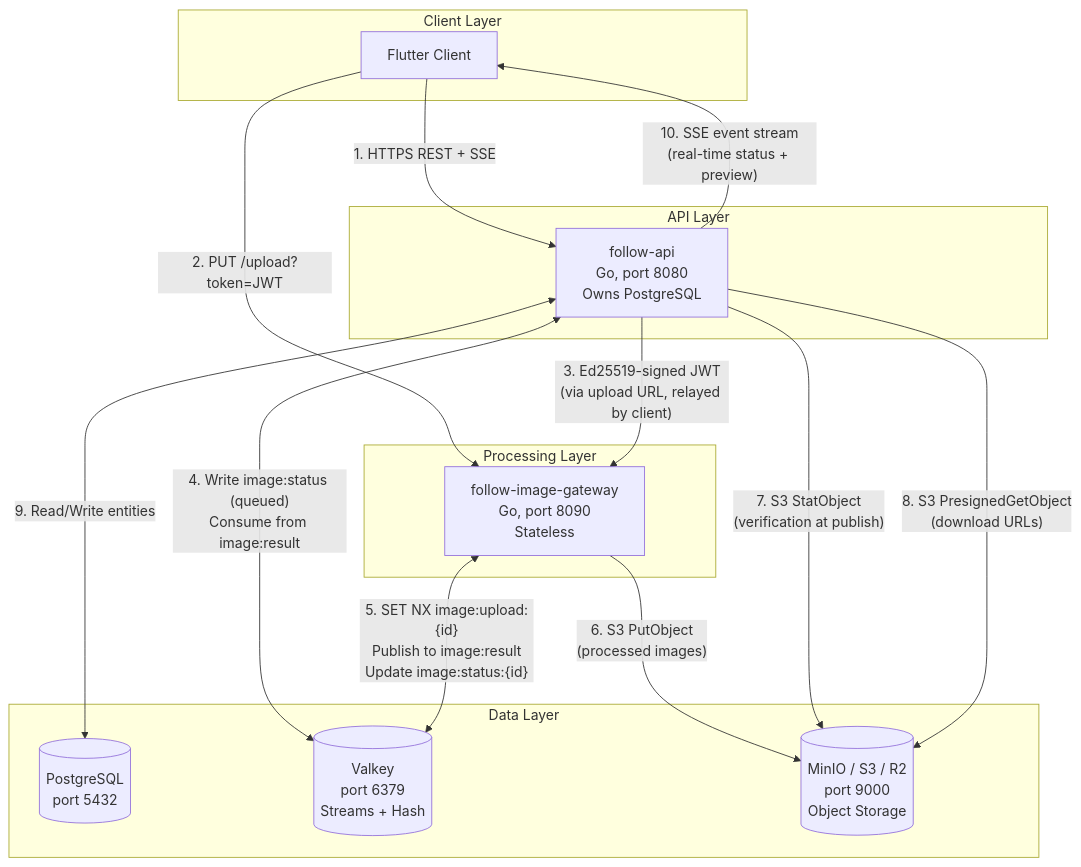
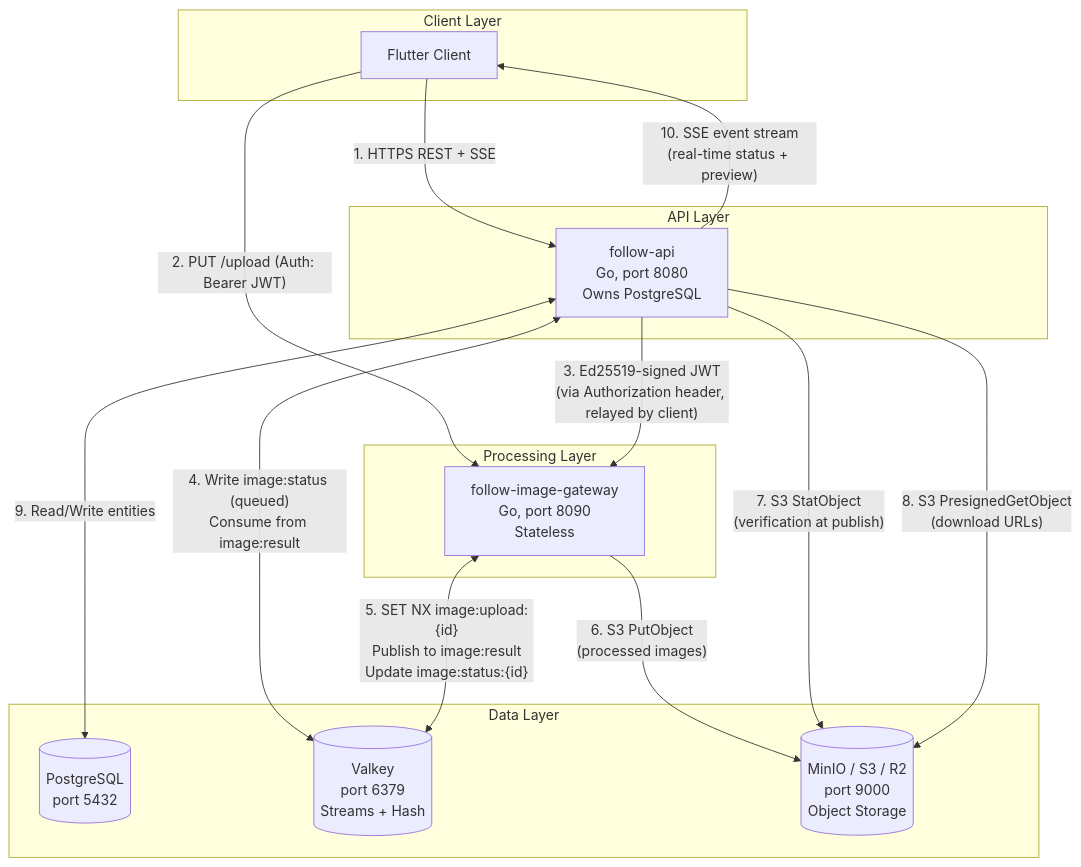
Before and after one commit to yoseforb/follow: the first of 3 diagrams in ai-docs/architecture/image-gateway-architecture.md, drawn with Mermaid. The commit also changed other lines of this file, not shown here.

Commit message:
docs(architecture): update image-gateway architecture document

````diff
--- a/ai-docs/architecture/image-gateway-architecture.md
+++ b/ai-docs/architecture/image-gateway-architecture.md
@@ -157,36 +157,36 @@
 ```mermaid
 graph TB
     subgraph "Client Layer"
         FC[Flutter Client]
     end
 
     subgraph "API Layer"
         FA[follow-api<br/>Go, port 8080<br/>Owns PostgreSQL]
     end
 
     subgraph "Processing Layer"
         IG[follow-image-gateway<br/>Go, port 8090<br/>Stateless]
     end
 
     subgraph "Data Layer"
         PG[(PostgreSQL<br/>port 5432)]
         RD[(Valkey<br/>port 6379<br/>Streams + Hash)]
         S3[(MinIO / S3 / R2<br/>port 9000<br/>Object Storage)]
     end
 
     FC -->|"1. HTTPS REST + SSE"| FA
-    FC -->|"2. PUT /upload?token=JWT"| IG
+    FC -->|"2. PUT /upload (Auth: Bearer JWT)"| IG
 
-    FA -->|"3. Ed25519-signed JWT<br/>(via upload URL, relayed by client)"| IG
+    FA -->|"3. Ed25519-signed JWT<br/>(via Authorization header, relayed by client)"| IG
 
     FA <-->|"4. Write image:status (queued)<br/>Consume from image:result"| RD
     IG <-->|"5. SET NX image:upload:{id}<br/>Publish to image:result<br/>Update image:status:{id}"| RD
 
     IG -->|"6. S3 PutObject<br/>(processed images)"| S3
     FA -->|"7. S3 StatObject<br/>(verification at publish)"| S3
     FA -->|"8. S3 PresignedGetObject<br/>(download URLs)"| S3
 
     FA <-->|"9. Read/Write entities"| PG
 
     FA -->|"10. SSE event stream<br/>(real-time status + preview)"| FC
 ```
````
